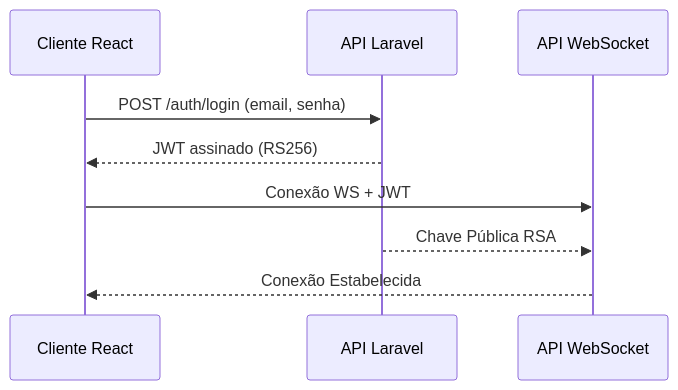
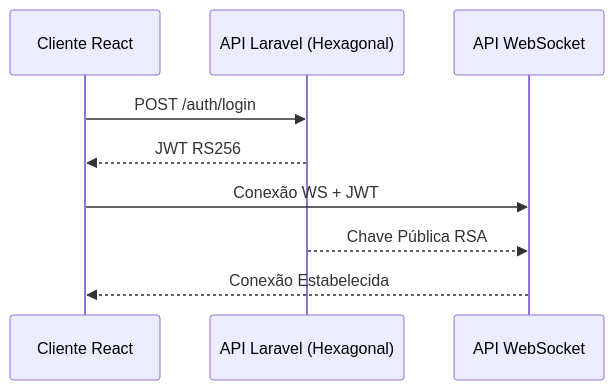
One commit to waltersernikovjr/estacionamento-uby changed the second of 6 diagrams in Arquitetura.md. Above: the diagram before and after it, drawn with Mermaid. The commit also changed other lines of this file and 4 other files, not shown here.

````diff
--- a/Arquitetura.md
+++ b/Arquitetura.md
@@ -66,12 +72,12 @@
 ```mermaid
 sequenceDiagram
     participant Client as Cliente React
-    participant API as API Laravel
+    participant API as API Laravel (Hexagonal)
     participant WS as API WebSocket
 
-    Client->>API: POST /auth/login (email, senha)
-    API-->>Client: JWT assinado (RS256)
+    Client->>API: POST /auth/login
+    API-->>Client: JWT RS256
     Client->>WS: Conexão WS + JWT
     API-->>WS: Chave Pública RSA
     WS-->>Client: Conexão Estabelecida
 ```
````
